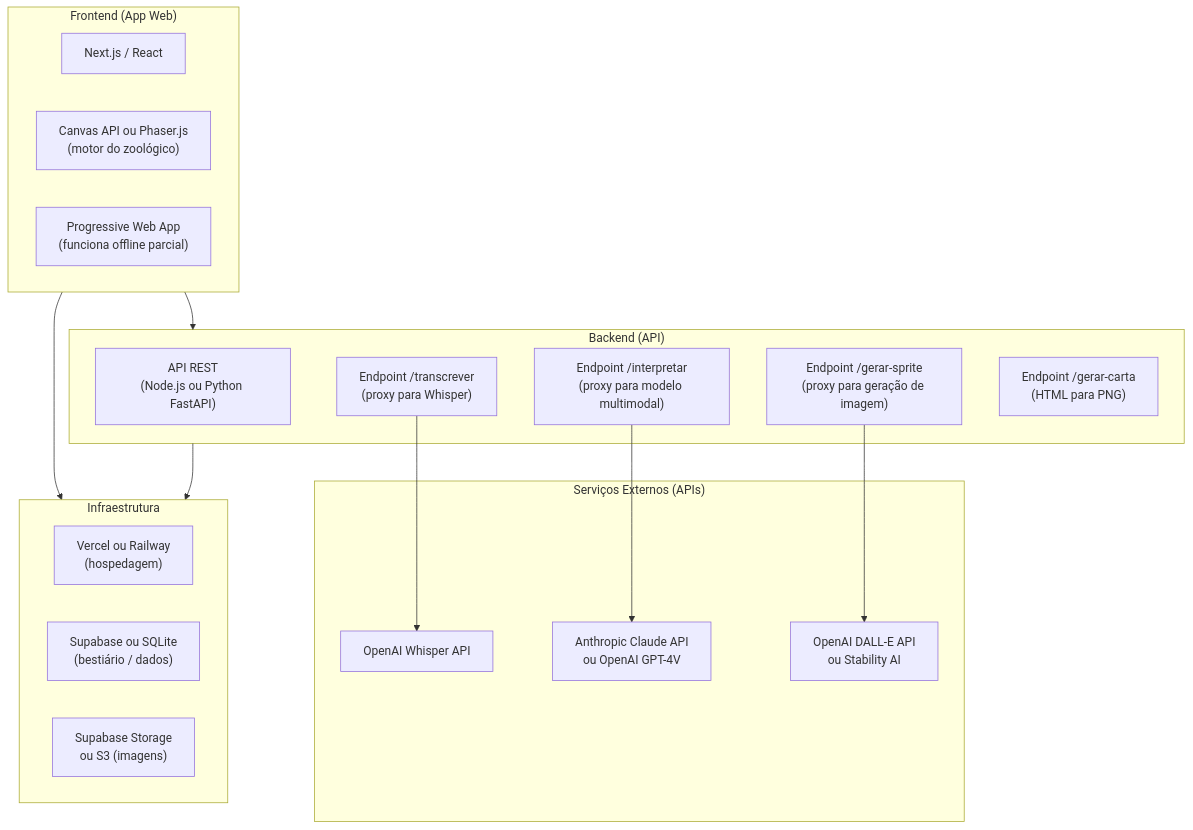
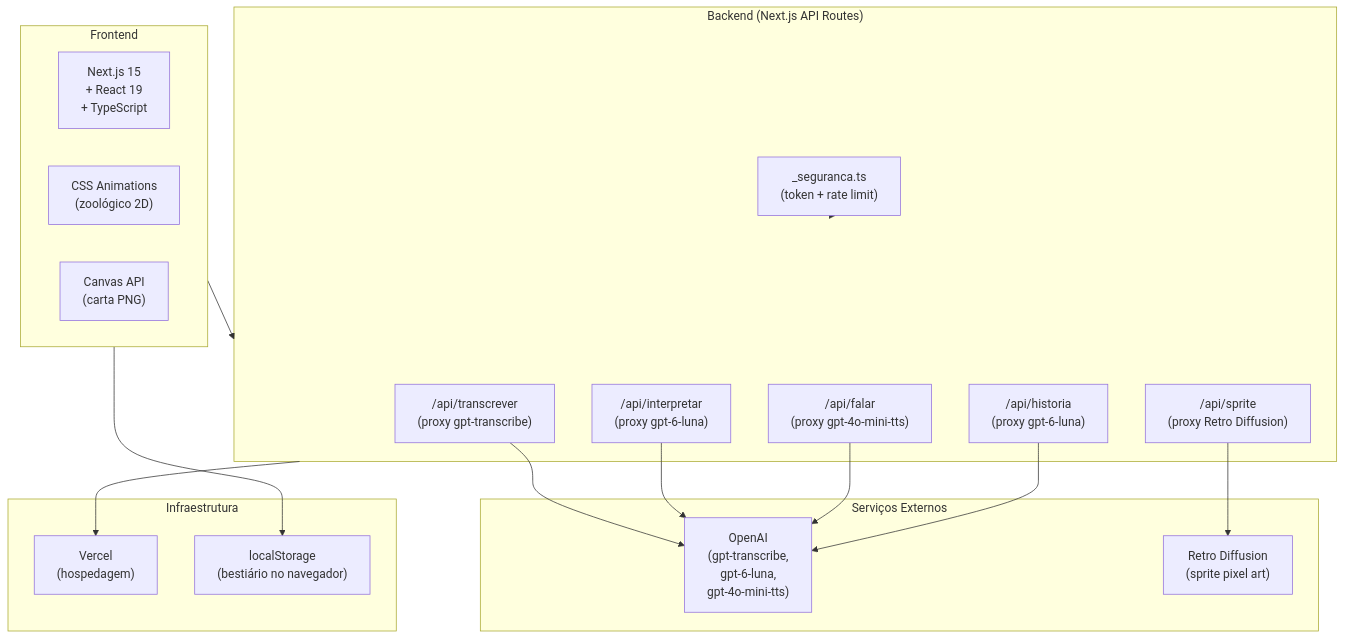
One commit to marcosdidier/criacomp-ferramenta-grupo7 changed the fifth of 7 diagrams in docs/1-Entregas/PF3-Diagrama-Arquitetura.md. Above: the diagram before and after it, drawn with Mermaid. The commit also changed other lines of this file, not shown here.

First line of the commit message:
docs: atualiza diagrama PF3 com stack real

````diff
--- a/docs/1-Entregas/PF3-Diagrama-Arquitetura.md
+++ b/docs/1-Entregas/PF3-Diagrama-Arquitetura.md
@@ -239,35 +250,37 @@
 ```mermaid
 flowchart TD
-    subgraph Frontend["Frontend (App Web)"]
-        NEXT["Next.js / React"]
-        CANVAS["Canvas API ou Phaser.js\n(motor do zoológico)"]
-        PWA["Progressive Web App\n(funciona offline parcial)"]
+    subgraph Frontend["Frontend"]
+        NEXT["Next.js 15\n+ React 19\n+ TypeScript"]
+        CSS["CSS Animations\n(zoológico 2D)"]
+        CANVAS["Canvas API\n(carta PNG)"]
     end
 
-    subgraph Backend["Backend (API)"]
-        API["API REST\n(Node.js ou Python FastAPI)"]
-        TRANS["Endpoint /transcrever\n(proxy para Whisper)"]
-        INTER["Endpoint /interpretar\n(proxy para modelo multimodal)"]
-        GEN["Endpoint /gerar-sprite\n(proxy para geração de imagem)"]
-        CARTA["Endpoint /gerar-carta\n(HTML para PNG)"]
+    subgraph Backend["Backend (Next.js API Routes)"]
+        TRANS["/api/transcrever\n(proxy gpt-transcribe)"]
+        INTER["/api/interpretar\n(proxy gpt-6-luna)"]
+        FALAR["/api/falar\n(proxy gpt-4o-mini-tts)"]
+        HIST["/api/historia\n(proxy gpt-6-luna)"]
+        SPR["/api/sprite\n(proxy Retro Diffusion)"]
+        SEC["_seguranca.ts\n(token + rate limit)"]
     end
 
-    subgraph Externos["Serviços Externos (APIs)"]
-        EX1["OpenAI Whisper API"]
-        EX2["Anthropic Claude API\nou OpenAI GPT-4V"]
-        EX3["OpenAI DALL-E API\nou Stability AI"]
+    subgraph Externos["Serviços Externos"]
+        EX1["OpenAI\n(gpt-transcribe,\ngpt-6-luna,\ngpt-4o-mini-tts)"]
+        EX2["Retro Diffusion\n(sprite pixel art)"]
     end
 
     subgraph Infra["Infraestrutura"]
-        VERCEL["Vercel ou Railway\n(hospedagem)"]
-        SUPA["Supabase ou SQLite\n(bestiário / dados)"]
-        S3["Supabase Storage\nou S3 (imagens)"]
+        VERCEL["Vercel\n(hospedagem)"]
+        LOCAL["localStorage\n(bestiário no navegador)"]
     end
 
     Frontend --> Backend
     TRANS --> EX1
-    INTER --> EX2
-    GEN --> EX3
-    Backend --> Infra
-    Frontend --> Infra
+    INTER --> EX1
+    FALAR --> EX1
+    HIST --> EX1
+    SPR --> EX2
+    SEC --> Backend
+    Frontend --> LOCAL
+    Backend --> VERCEL
 ```
````
